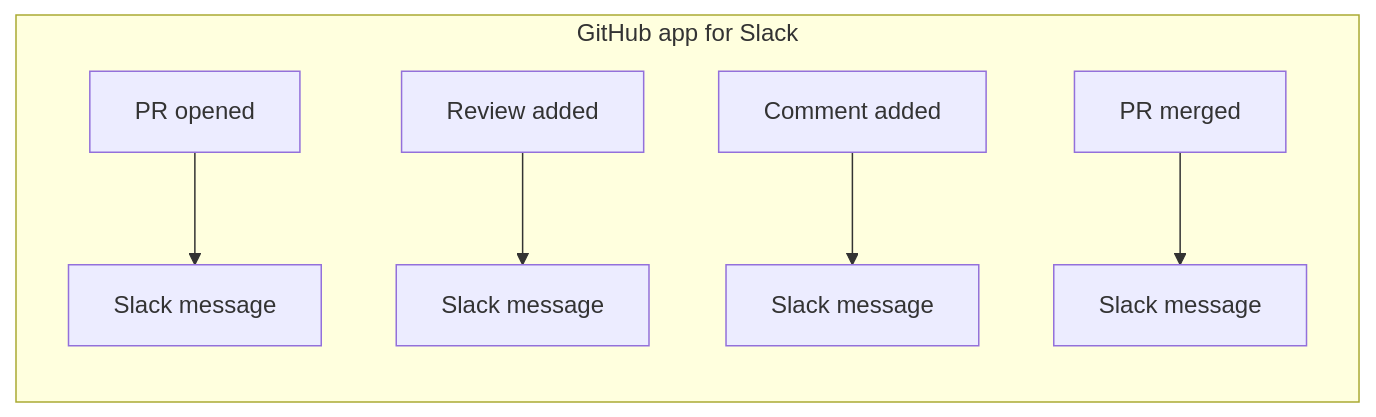
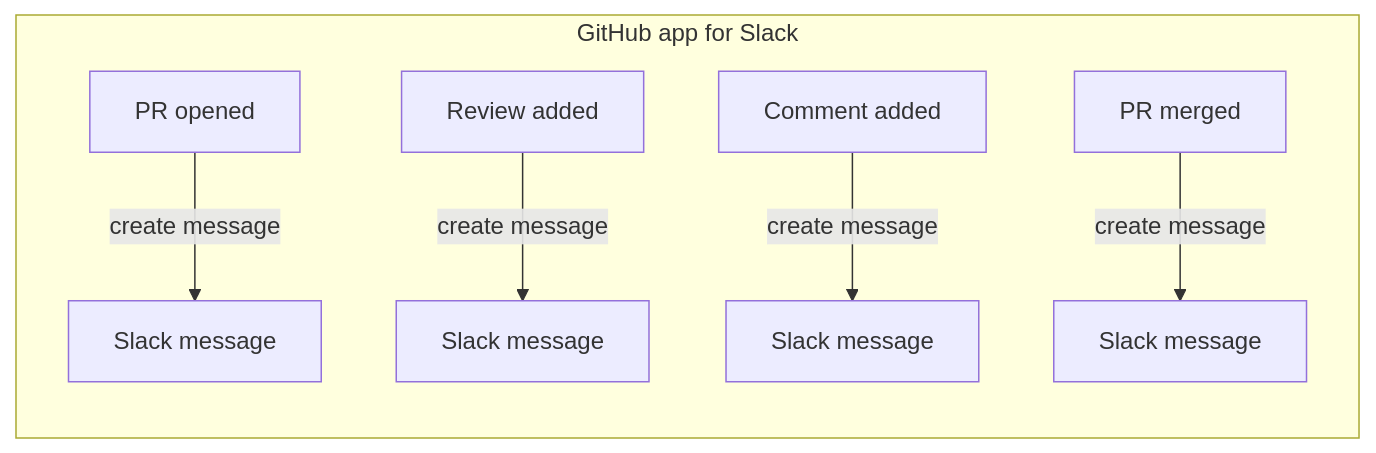
One commit to mptooling/notifycat changed the first of 2 diagrams in docs/index.md. Above: the diagram before and after it, drawn with Mermaid. The commit also changed other lines of this file and 2 other files, not shown here.

Commit message:
chore(doc): slack notifications screenshots

````diff
--- a/docs/index.md
+++ b/docs/index.md
@@ -21,9 +21,9 @@
 ```mermaid
 flowchart LR
     subgraph github_app[GitHub app for Slack]
-        opened[PR opened] --> opened_msg[Slack message]
-        review[Review added] --> review_msg[Slack message]
-        comment[Comment added] --> comment_msg[Slack message]
-        merged[PR merged] --> merged_msg[Slack message]
+        opened[PR opened] --create message--> opened_msg[Slack message]
+        review[Review added] --create message--> review_msg[Slack message]
+        comment[Comment added] --create message--> comment_msg[Slack message]
+        merged[PR merged] --create message--> merged_msg[Slack message]
     end
 ```
````
